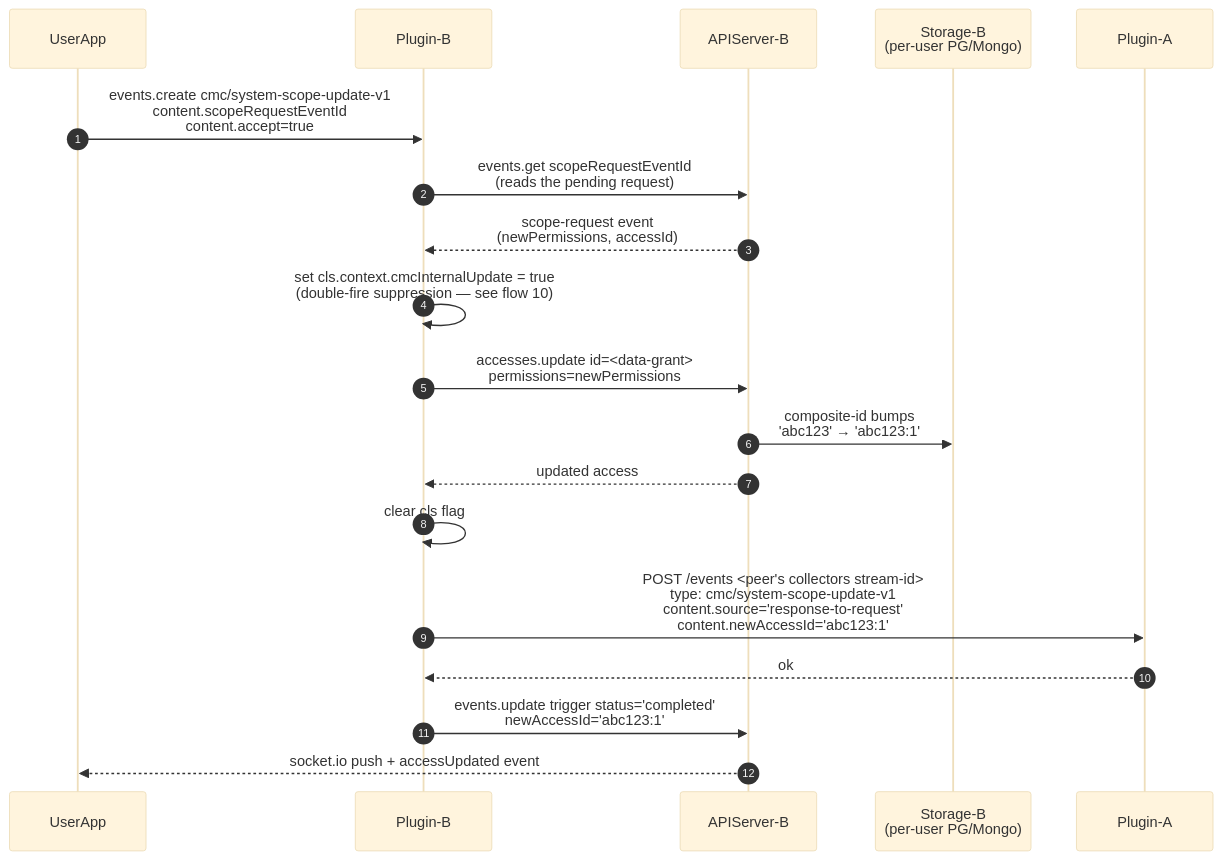
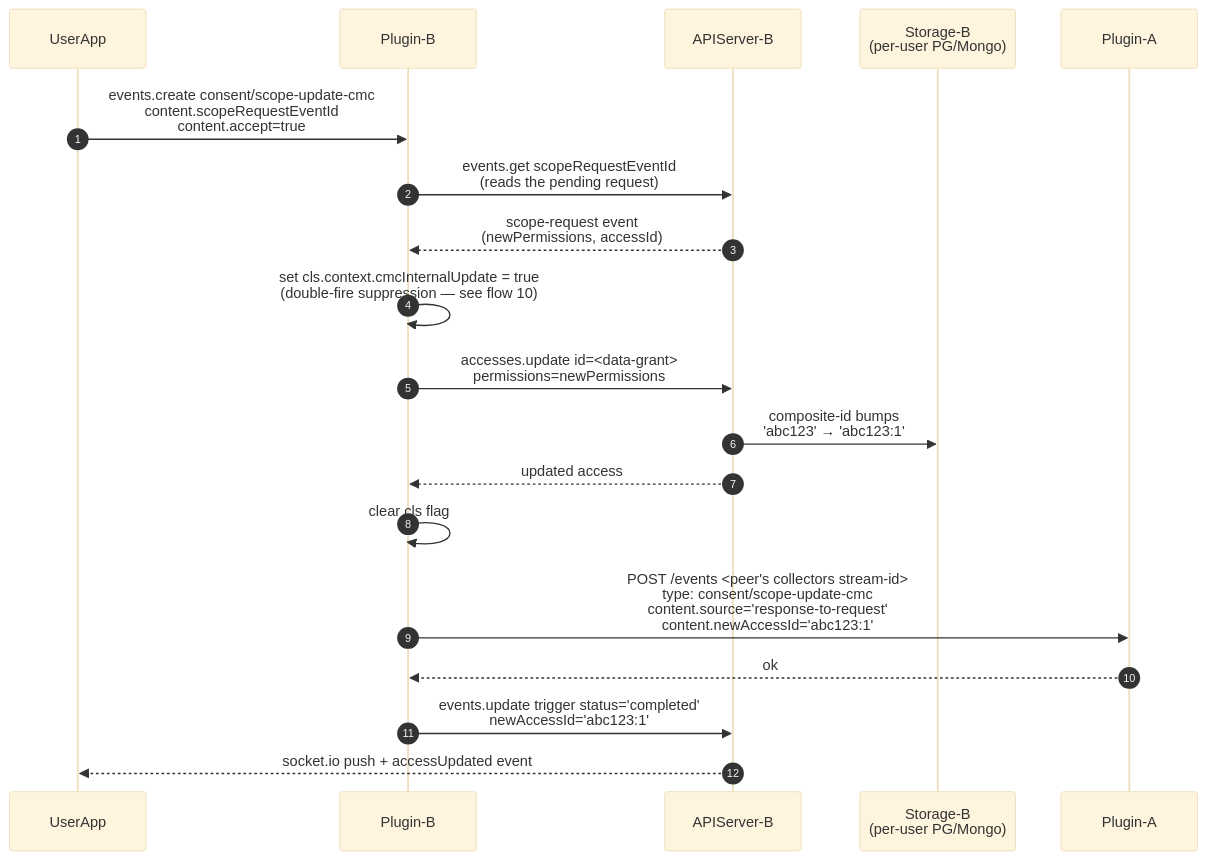
One commit to pryv/open-pryv.io changed the ninth of 14 diagrams in components/cmc/INTERNALS.md. Above: the diagram before and after it, drawn with Mermaid (base theme). The commit also changed other lines of this file and 40 other files, not shown here.

````diff
--- a/components/cmc/INTERNALS.md
+++ b/components/cmc/INTERNALS.md
@@ -387,22 +387,22 @@
 ```mermaid
 sequenceDiagram
     autonumber
     participant UserApp
     participant Plugin as Plugin-B
     participant APIServer as APIServer-B
     participant Storage as Storage-B<br/>(per-user PG/Mongo)
     participant Peer as Plugin-A
 
-    UserApp->>Plugin: events.create cmc/system-scope-update-v1<br/>content.scopeRequestEventId<br/>content.accept=true
+    UserApp->>Plugin: events.create consent/scope-update-cmc<br/>content.scopeRequestEventId<br/>content.accept=true
     Plugin->>APIServer: events.get scopeRequestEventId<br/>(reads the pending request)
     APIServer-->>Plugin: scope-request event<br/>(newPermissions, accessId)
     Plugin->>Plugin: set cls.context.cmcInternalUpdate = true<br/>(double-fire suppression — see flow 10)
     Plugin->>APIServer: accesses.update id=<data-grant><br/>permissions=newPermissions
     APIServer->>Storage: composite-id bumps<br/>'abc123' → 'abc123:1'
     APIServer-->>Plugin: updated access
     Plugin->>Plugin: clear cls flag
-    Plugin->>Peer: POST /events <peer's collectors stream-id><br/>type: cmc/system-scope-update-v1<br/>content.source='response-to-request'<br/>content.newAccessId='abc123:1'
+    Plugin->>Peer: POST /events <peer's collectors stream-id><br/>type: consent/scope-update-cmc<br/>content.source='response-to-request'<br/>content.newAccessId='abc123:1'
     Peer-->>Plugin: ok
     Plugin->>APIServer: events.update trigger status='completed'<br/>newAccessId='abc123:1'
     APIServer-->>UserApp: socket.io push + accessUpdated event
 ```
````
